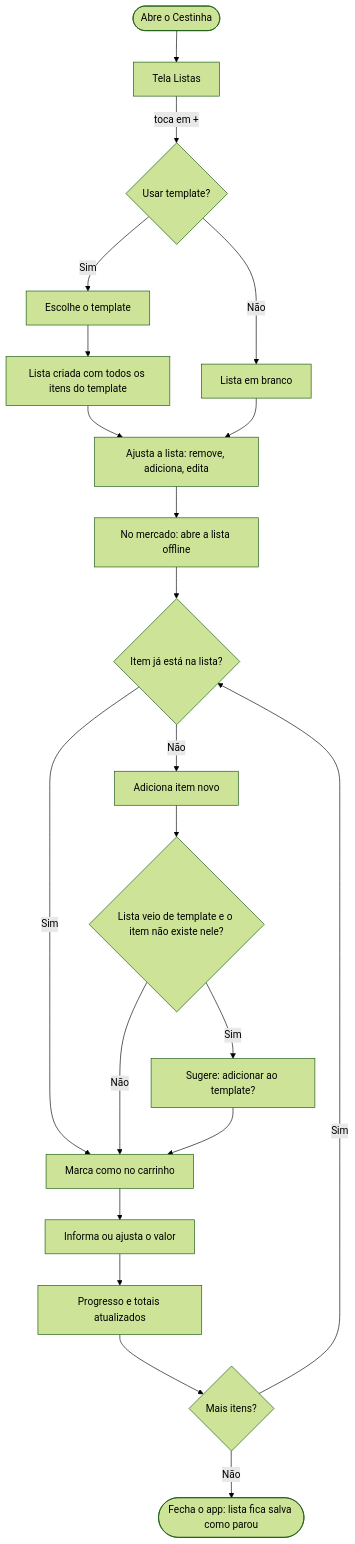
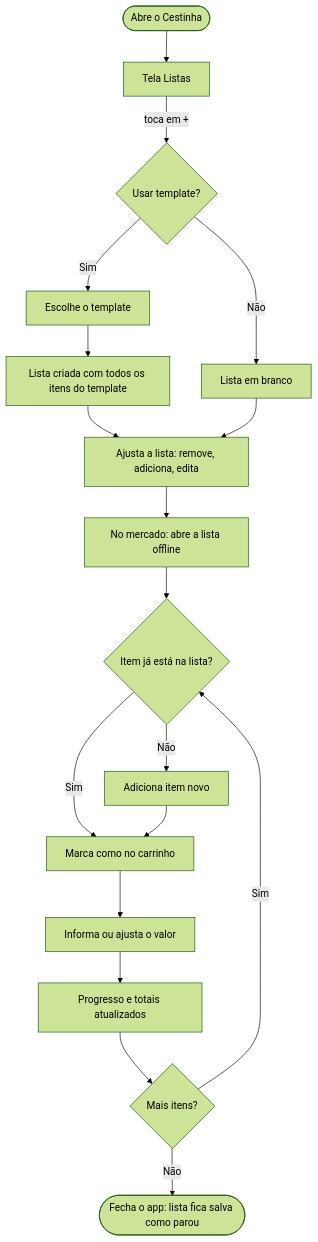
One commit to thalesAlves758/cestinha changed the second of 3 diagrams in docs/refinamento.md. Above: the diagram before and after it, drawn with Mermaid (forest theme). The commit also changed other lines of this file and 1 other file, not shown here.

````diff
--- a/docs/refinamento.md
+++ b/docs/refinamento.md
@@ -237,23 +286,20 @@
 ```mermaid
 flowchart TD
     A([Abre o Cestinha]) --> B[Tela Listas]
     B -->|toca em +| C{Usar template?}
     C -- Sim --> D[Escolhe o template]
     D --> E[Lista criada com todos os itens do template]
     C -- Não --> F[Lista em branco]
     E --> G[Ajusta a lista: remove, adiciona, edita]
     F --> G
     G --> H[No mercado: abre a lista offline]
     H --> I{Item já está na lista?}
     I -- Sim --> J[Marca como no carrinho]
     I -- Não --> K[Adiciona item novo]
-    K --> L{Lista veio de template e o item não existe nele?}
-    L -- Sim --> M[Sugere: adicionar ao template?]
-    L -- Não --> J
-    M --> J
+    K --> J
     J --> N[Informa ou ajusta o valor]
     N --> O[Progresso e totais atualizados]
     O --> P{Mais itens?}
     P -- Sim --> I
     P -- Não --> Q([Fecha o app: lista fica salva como parou])
 ```
````
